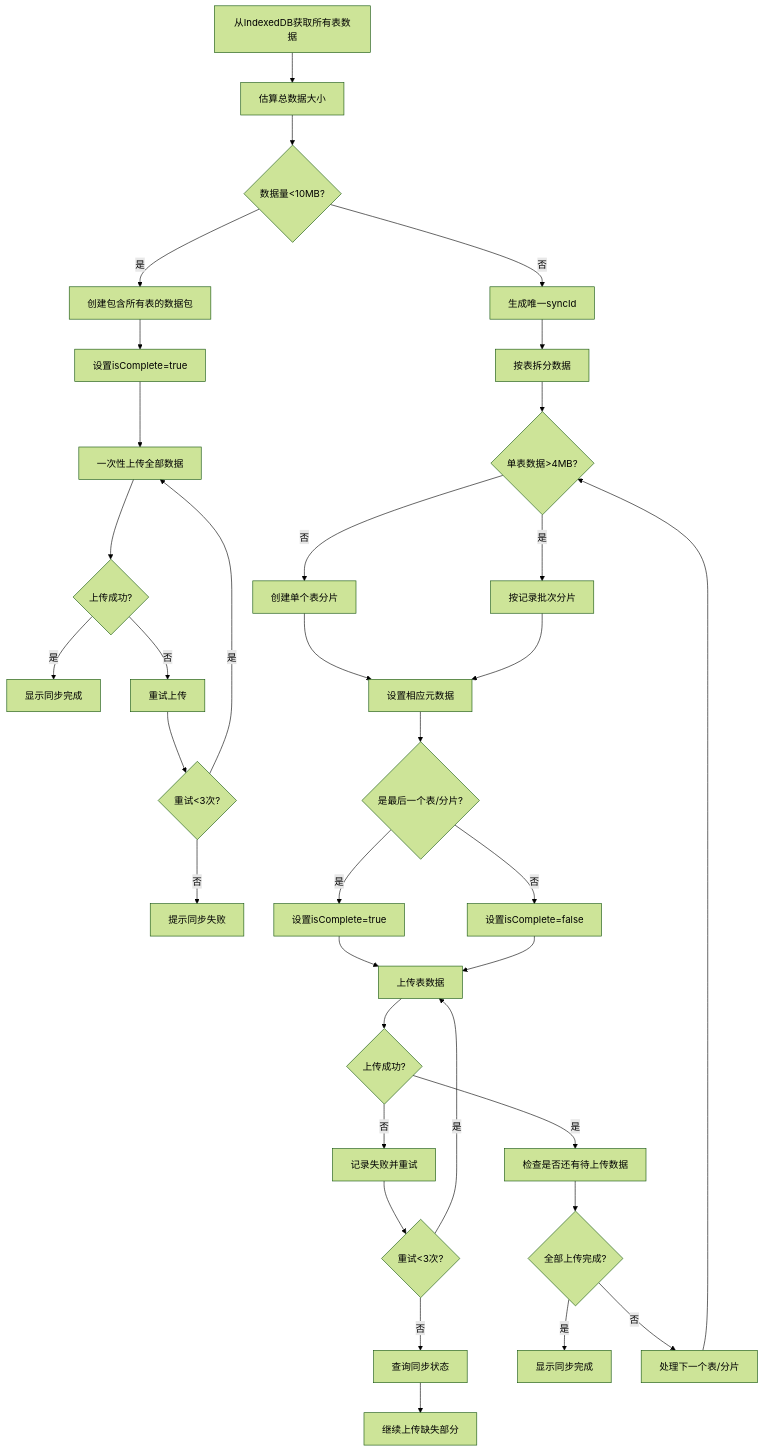
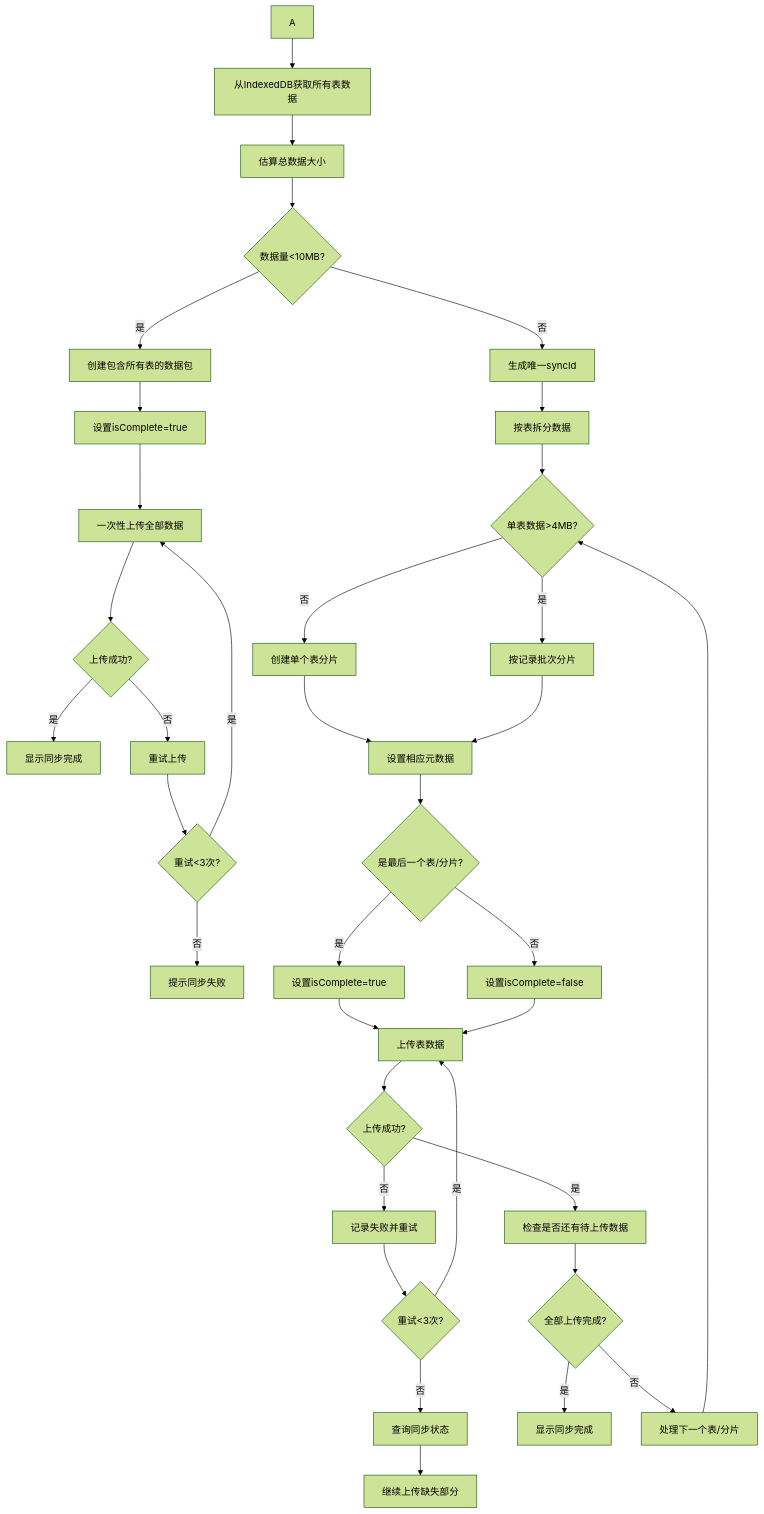
One commit to yingjianzh/iodraw-files changed the diagram in all/未命名-59.md. Above: the diagram before and after it, drawn with Mermaid (forest theme).

Commit message:
2025-05-14 18:29:47 update

````diff
--- a/all/未命名-59.md
+++ b/all/未命名-59.md
@@ -1,42 +1,42 @@
 ```mermaid
 flowchart TD
-    E[从IndexedDB获取所有表数据]
+    A -->E[从IndexedDB获取所有表数据]
     E --> F[估算总数据大小]
     F --> G{数据量<10MB?}
     
     %% 小数据量处理流程
     G -->|是| H[创建包含所有表的数据包]
     H --> I[设置isComplete=true]
     I --> J[一次性上传全部数据]
     J --> K{上传成功?}
     K -->|是| L[显示同步完成]
     K -->|否| M[重试上传]
     M --> N{重试<3次?}
     N -->|是| J
     N -->|否| O[提示同步失败]
     
     %% 中大数据量处理流程
     G -->|否| P[生成唯一syncId]
     P --> Q[按表拆分数据]
     Q --> R{单表数据>4MB?}
     R -->|否| S[创建单个表分片]
     R -->|是| T[按记录批次分片]
     S --> U[设置相应元数据]
     T --> U
     U --> V{是最后一个表/分片?}
     V -->|是| W[设置isComplete=true]
     V -->|否| X[设置isComplete=false]
     W --> Y[上传表数据]
     X --> Y
     Y --> Z{上传成功?}
     Z -->|是| AA[检查是否还有待上传数据]
     Z -->|否| AB[记录失败并重试]
     AB --> AC{重试<3次?}
     AC -->|是| Y
     AC -->|否| AD[查询同步状态]
     AD --> AE[继续上传缺失部分]
     AA --> AF{全部上传完成?}
     AF -->|是| AG[显示同步完成]
     AF -->|否| AH[处理下一个表/分片]
     AH --> R
 ```
````
